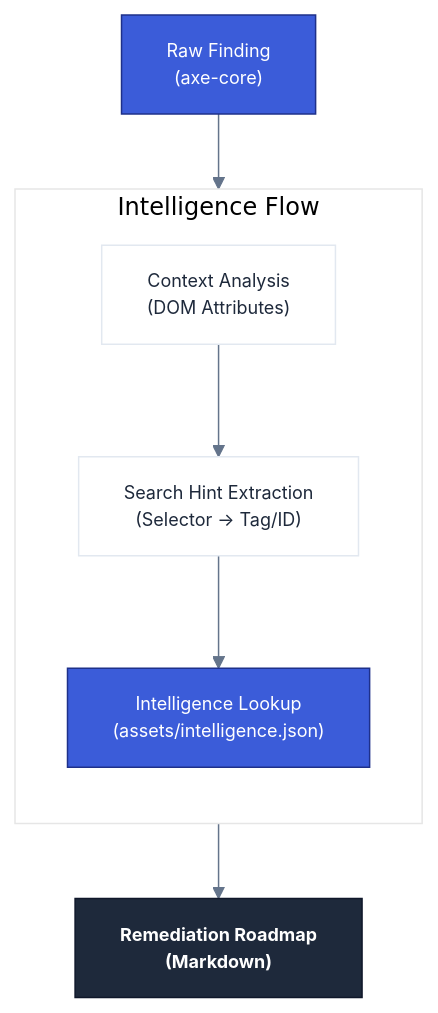
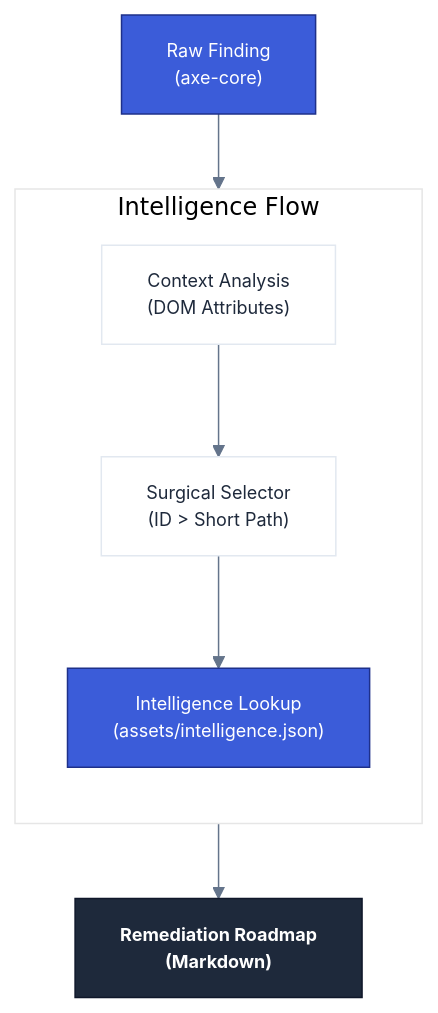
One commit to diegovelasquezweb/a11y-skill changed the diagram in docs/engine-intelligence.md. Above: the diagram before and after it, drawn with Mermaid. The commit also changed other lines of this file and 2 other files, not shown here.

Commit message:
feat: introduce Surgical Selector and HTML Evidence for enhanced AI remediation precision and update related documentation.

````diff
--- a/docs/engine-intelligence.md
+++ b/docs/engine-intelligence.md
@@ -49,26 +61,26 @@
 ```mermaid
 %%{init: { 'theme': 'base', 'themeVariables': { 'primaryColor': '#3b5cd9', 'primaryTextColor': '#1e293b', 'primaryBorderColor': '#1e308a', 'lineColor': '#64748b', 'secondaryColor': '#f1f5f9', 'tertiaryColor': '#fff', 'mainBkg': '#fff', 'nodeBorder': '#e2e8f0' } } }%%
 flowchart TD
     Finding["Raw Finding<br/>(axe-core)"]
 
     subgraph Analysis ["Intelligence Flow"]
         direction TB
         Context["Context Analysis<br/>(DOM Attributes)"]
-        Hint["Search Hint Extraction<br/>(Selector -> Tag/ID)"]
+        Hint["Surgical Selector<br/>(ID > Short Path)"]
         Match["Intelligence Lookup<br/>(assets/intelligence.json)"]
     end
 
     Roadmap["<b>Remediation Roadmap</b><br/>(Markdown)"]
 
     Finding --> Context
     Context --> Hint
     Hint --> Match
     Match --> Roadmap
 
     classDef default font-family:Inter,sans-serif,font-size:12px;
     classDef core fill:#3b5cd9,color:#fff,stroke:#1e308a;
     classDef roadmap fill:#1e293b,color:#fff,stroke:#0f172a,font-weight:bold;
 
     class Finding,Match core;
     class Roadmap roadmap;
 ```
````
